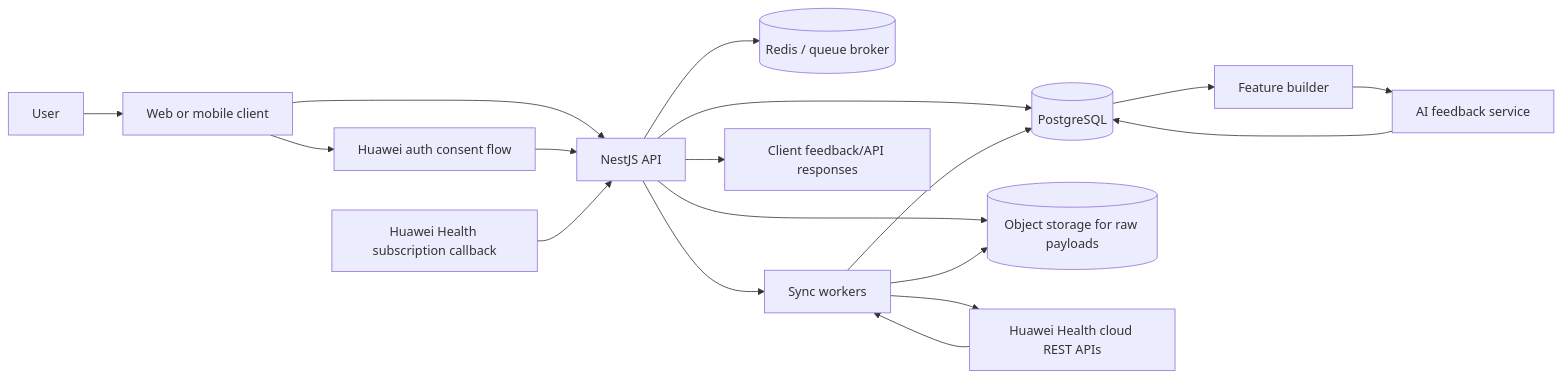
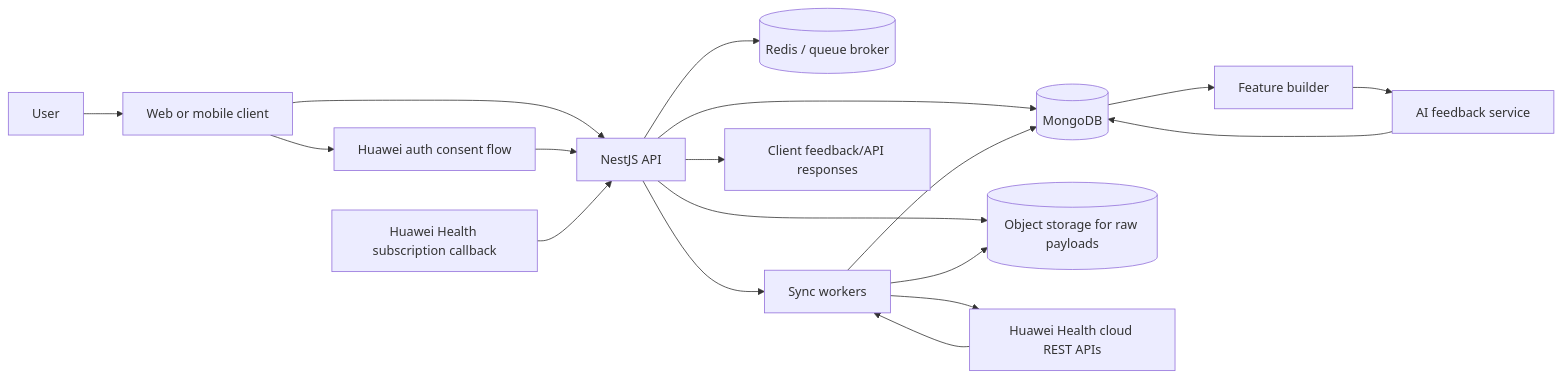
Before and after one commit to Alkons/huawei-health-ai-backend: the first of 2 diagrams in product/spec.md, drawn with Mermaid. The commit also changed other lines of this file and 22 other files, not shown here.

````diff
--- a/product/spec.md
+++ b/product/spec.md
@@ -126,23 +127,23 @@
 ```mermaid
 flowchart LR
   U[User] --> C[Web or mobile client]
   C --> AH[Huawei auth consent flow]
   C --> API[NestJS API]
   AH --> API
 
-  API --> PG[(PostgreSQL)]
+  API --> DB[(MongoDB)]
   API --> R[(Redis / queue broker)]
   API --> OBJ[(Object storage for raw payloads)]
 
   SUB[Huawei Health subscription callback] --> API
   HC[Huawei Health cloud REST APIs] --> W[Sync workers]
   API --> W
   W --> HC
-  W --> PG
+  W --> DB
   W --> OBJ
 
-  PG --> FS[Feature builder]
+  DB --> FS[Feature builder]
   FS --> AI[AI feedback service]
-  AI --> PG
+  AI --> DB
   API --> UI[Client feedback/API responses]
 ```
````
